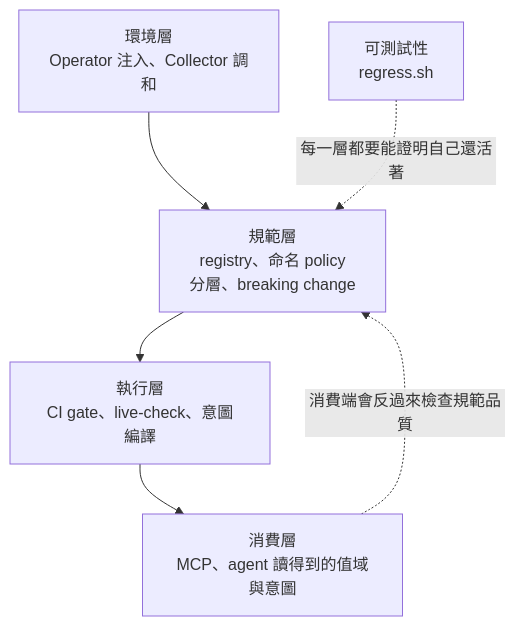
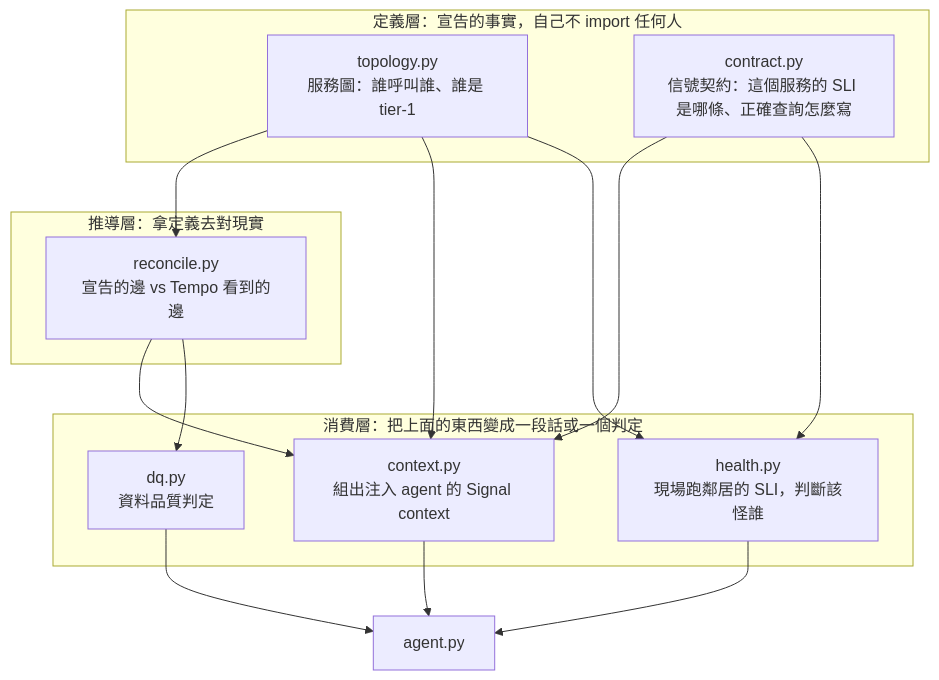
The first of 2 diagrams in weaver-demo/ironman-2026/day13.md (tedmax100/o11y-bench), drawn with Mermaid before and after one commit. The commit also changed other lines of this file and 29 other files, not shown here.

````diff
--- a/weaver-demo/ironman-2026/day13.md
+++ b/weaver-demo/ironman-2026/day13.md
@@ -23,8 +67,25 @@
 ```mermaid
 flowchart TB
-    E["環境層<br/>Operator 注入、Collector 調和"] --> S["規範層<br/>registry、命名 policy<br/>分層、breaking change"]
-    S --> X["執行層<br/>CI gate、live-check、意圖編譯"]
-    X --> C["消費層<br/>MCP、agent 讀得到的值域與意圖"]
-    C -.->|"消費端會反過來檢查規範品質"| S
-    T["可測試性<br/>regress.sh"] -.->|"每一層都要能證明自己還活著"| S
+    subgraph DEF["定義層：宣告的事實，自己不 import 任何人"]
+        TOPO["topology.py<br/>服務圖：誰呼叫誰、誰是 tier-1"]
+        CTR["contract.py<br/>信號契約：這個服務的 SLI 是哪條、正確查詢怎麼寫"]
+    end
+    subgraph DER["推導層：拿定義去對現實"]
+        REC["reconcile.py<br/>宣告的邊 vs Tempo 看到的邊"]
+    end
+    subgraph CON["消費層：把上面的東西變成一段話或一個判定"]
+        CTX["context.py<br/>組出注入 agent 的 Signal context"]
+        HLT["health.py<br/>現場跑鄰居的 SLI，判斷該怪誰"]
+        DQ["dq.py<br/>資料品質判定"]
+    end
+
+    TOPO --> REC --> CTX
+    TOPO --> CTX
+    CTR --> CTX
+    TOPO --> HLT
+    CTR --> HLT
+    REC --> DQ
+    CTX --> AG["agent.py"]
+    HLT --> AG
+    DQ --> AG
 ```
````
